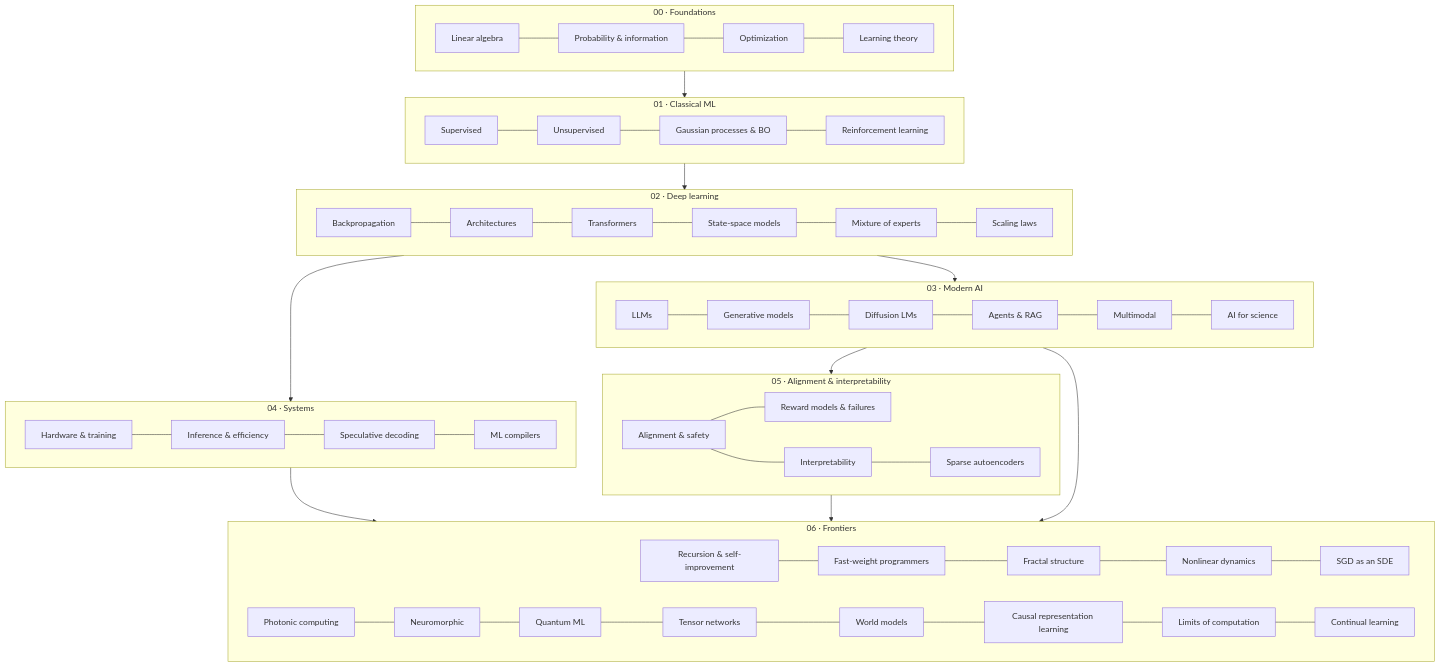
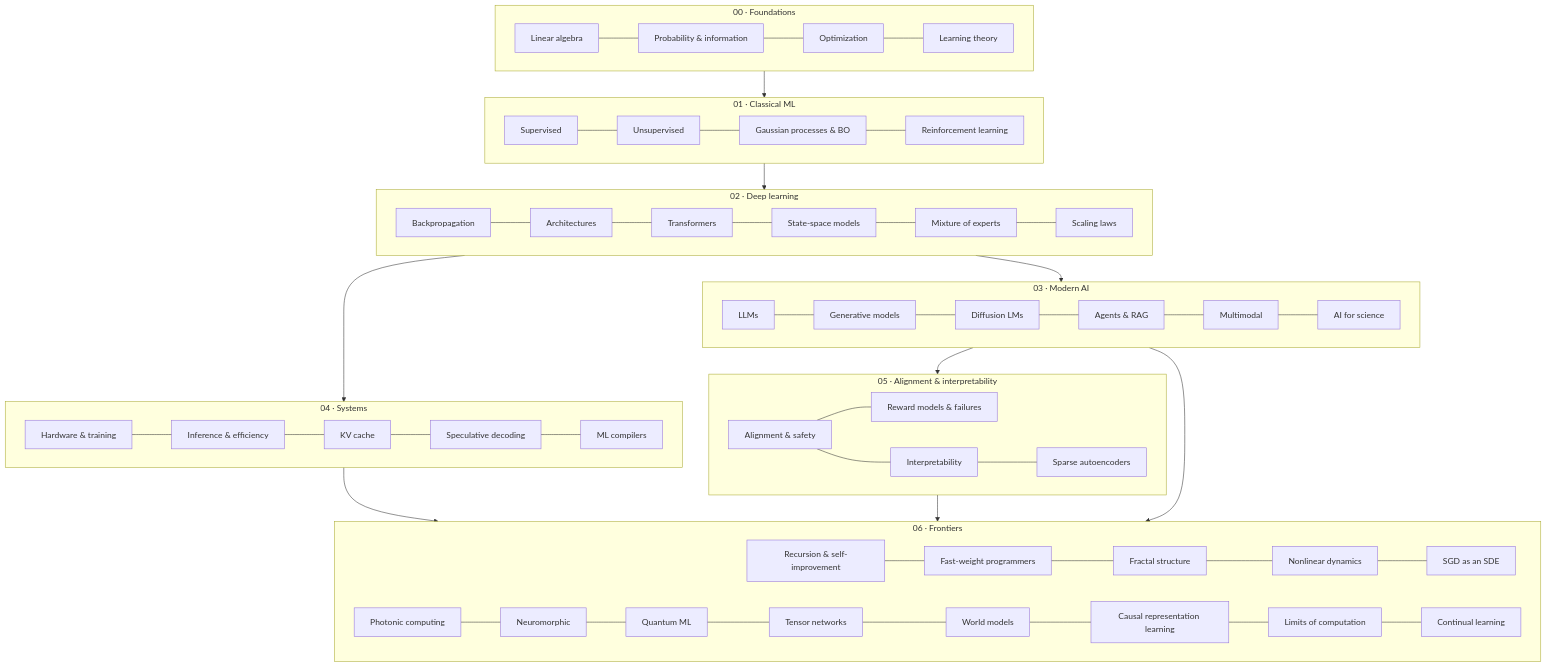
One commit to marcpoliquin5/understanding-ai changed the diagram in README.md. Above: the diagram before and after it, drawn with Mermaid. The commit also changed other lines of this file and 8 other files, not shown here.

````diff
--- a/README.md
+++ b/README.md
@@ -30,32 +30,32 @@
 ```mermaid
 flowchart TB
     subgraph F[00 · Foundations]
         F1[Linear algebra] --- F2[Probability & information] --- F3[Optimization] --- F4[Learning theory]
     end
     subgraph C[01 · Classical ML]
         C1[Supervised] --- C2[Unsupervised] --- C4[Gaussian processes & BO] --- C3[Reinforcement learning]
     end
     subgraph D[02 · Deep learning]
         D1[Backpropagation] --- D2[Architectures] --- D3[Transformers] --- D6[State-space models] --- D5[Mixture of experts] --- D4[Scaling laws]
     end
     subgraph M[03 · Modern AI]
         M1[LLMs] --- M2[Generative models] --- M2b[Diffusion LMs] --- M3[Agents & RAG] --- M4[Multimodal] --- M5[AI for science]
     end
     subgraph S[04 · Systems]
-        S1[Hardware & training] --- S2[Inference & efficiency] --- S4[Speculative decoding] --- S3[ML compilers]
+        S1[Hardware & training] --- S2[Inference & efficiency] --- S5[KV cache] --- S4[Speculative decoding] --- S3[ML compilers]
     end
     subgraph A[05 · Alignment & interpretability]
         A1[Alignment & safety] --- A3[Reward models & failures]
         A1 --- A2[Interpretability] --- A4[Sparse autoencoders]
     end
     subgraph X[06 · Frontiers]
         X1[Recursion & self-improvement] --- X1b[Fast-weight programmers] --- X2[Fractal structure] --- X3[Nonlinear dynamics] --- X3b[SGD as an SDE]
         X4[Photonic computing] --- X5[Neuromorphic] --- X6[Quantum ML] --- X6b[Tensor networks] --- X7[World models] --- X7b[Causal representation learning] --- X8[Limits of computation] --- X9[Continual learning]
     end
     F --> C --> D --> M
     D --> S
     M --> A
     S --> X
     A --> X
     M --> X
 ```
````
